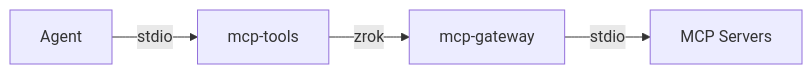
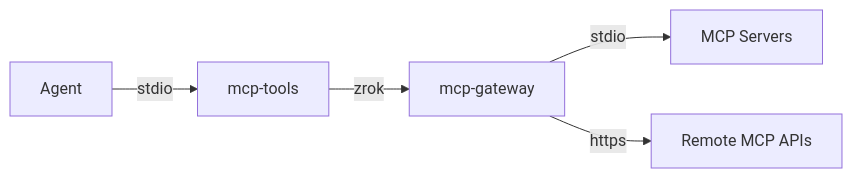
Before and after one commit to openziti/mcp-gateway: the first of 2 diagrams in README.md, drawn with Mermaid. The commit also changed other lines of this file and 5 other files, not shown here.

Commit message:
basic support for HTTPS MCP from mcp-gateway (#14)

````diff
--- a/README.md
+++ b/README.md
@@ -19,6 +19,7 @@
 ```mermaid
 flowchart LR
     A[Agent] -->|stdio| B[mcp-tools]
     B -->|zrok| C[mcp-gateway]
     C -->|stdio| D[MCP Servers]
+    C -->|https| E[Remote MCP APIs]
 ```
````
